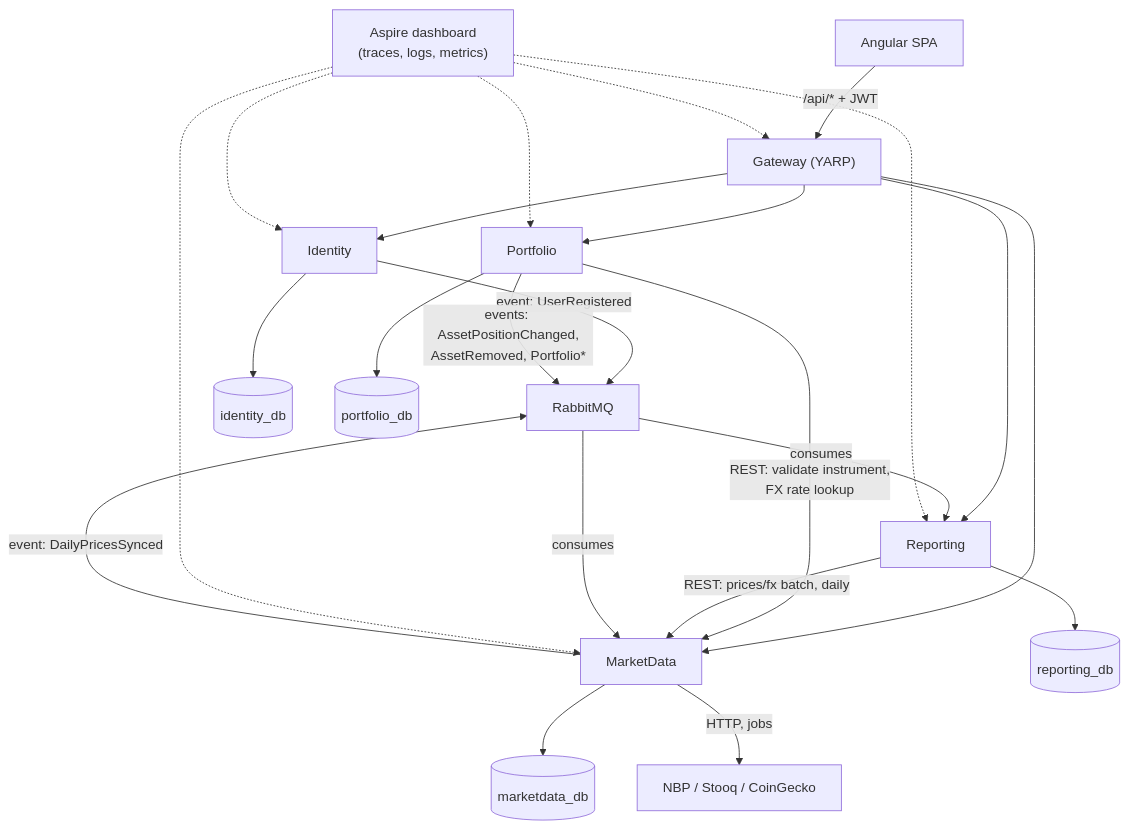
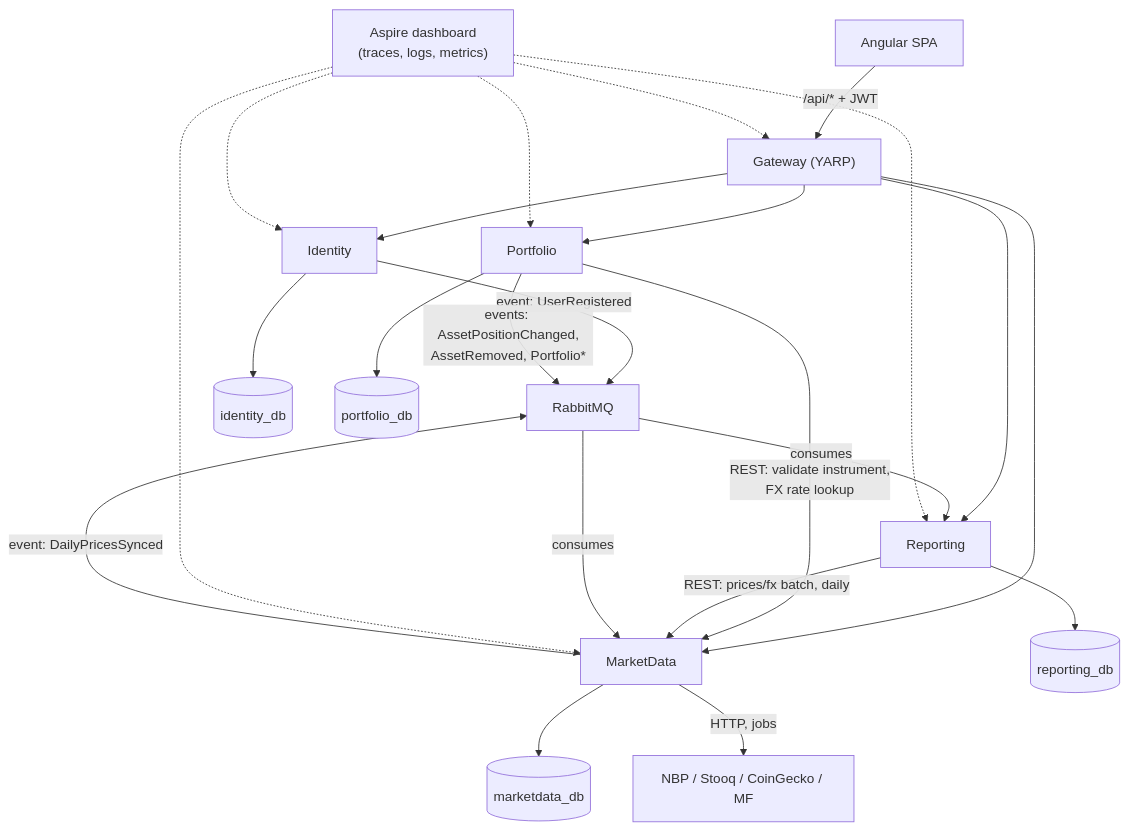
The second of 6 diagrams in skarbiec-plan/architecture.md (Maliniak93/FinMel), drawn with Mermaid before and after one commit. The commit also changed other lines of this file and 67 other files, not shown here.

````diff
--- a/skarbiec-plan/architecture.md
+++ b/skarbiec-plan/architecture.md
@@ -76,27 +78,27 @@
 ```mermaid
 flowchart TB
     SPA["Angular SPA"] -->|"/api/* + JWT"| GW["Gateway (YARP)"]
     GW --> ID["Identity"]
     GW --> PF["Portfolio"]
     GW --> MD["MarketData"]
     GW --> RP["Reporting"]
 
     PF -->|"REST: validate instrument,<br/>FX rate lookup"| MD
     RP -->|"REST: prices/fx batch, daily"| MD
 
     ID -->|"event: UserRegistered"| MQ["RabbitMQ"]
     PF -->|"events: AssetPositionChanged,<br/>AssetRemoved, Portfolio*"| MQ
     MD -->|"event: DailyPricesSynced"| MQ
     MQ -->|consumes| MD
     MQ -->|consumes| RP
 
     ID --> IDB[("identity_db")]
     PF --> PDB[("portfolio_db")]
     MD --> MDB[("marketdata_db")]
     RP --> RDB[("reporting_db")]
 
-    MD -->|"HTTP, jobs"| EXT["NBP / Stooq / CoinGecko"]
+    MD -->|"HTTP, jobs"| EXT["NBP / Stooq / CoinGecko / MF"]
 
     ASPIRE["Aspire dashboard<br/>(traces, logs, metrics)"]
     ASPIRE -.-> GW & ID & PF & MD & RP
 ```
````
